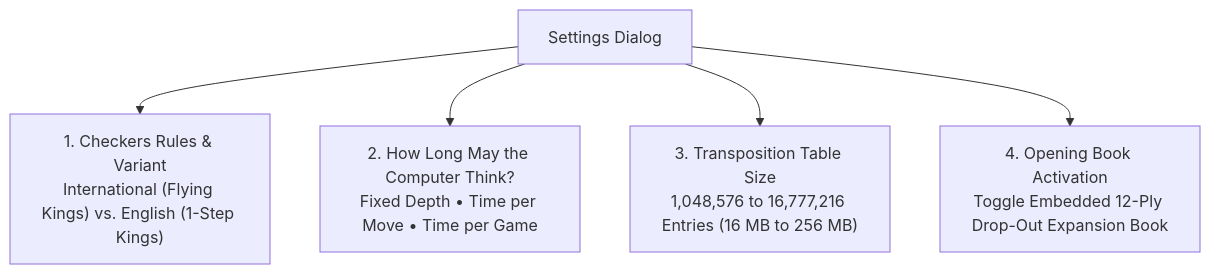
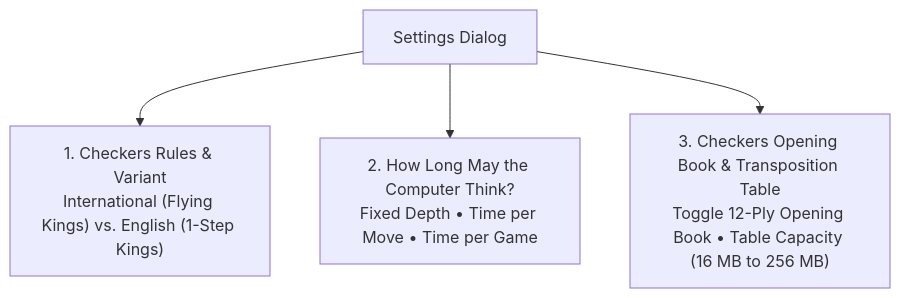
Before and after one commit to cjp-dev/Checkers: the second of 2 diagrams in docs/brain/14-gui-and-settings.md, drawn with Mermaid. The commit also changed other lines of this file and 7 other files, not shown here.

````diff
--- a/docs/brain/14-gui-and-settings.md
+++ b/docs/brain/14-gui-and-settings.md
@@ -170,8 +339,13 @@
 ```mermaid
+
 graph TD
+
     Settings["Settings Dialog"]
+
     Settings --> Section1["1. Checkers Rules &amp; Variant<br/>International (Flying Kings) vs. English (1-Step Kings)"]
+
     Settings --> Section2["2. How Long May the Computer Think?<br/>Fixed Depth • Time per Move • Time per Game"]
-    Settings --> Section3["3. Transposition Table Size<br/>1,048,576 to 16,777,216 Entries (16 MB to 256 MB)"]
-    Settings --> Section4["4. Opening Book Activation<br/>Toggle Embedded 12-Ply Drop-Out Expansion Book"]
+
+    Settings --> Section3["3. Checkers Opening Book &amp; Transposition Table<br/>Toggle 12-Ply Opening Book • Table Capacity (16 MB to 256 MB)"]
+
 ```
````
